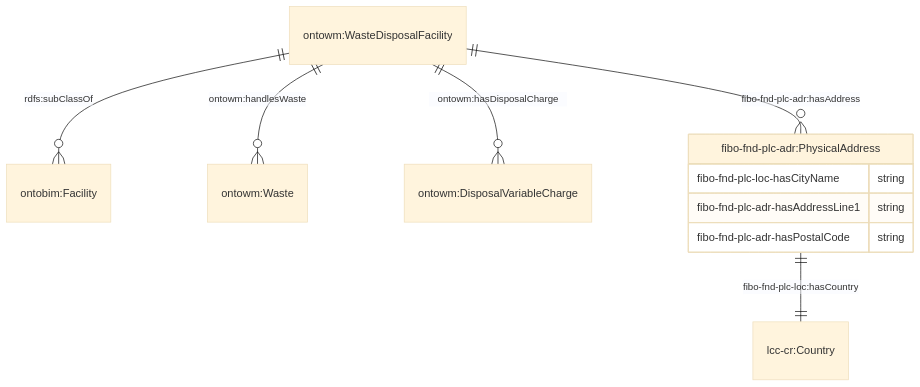
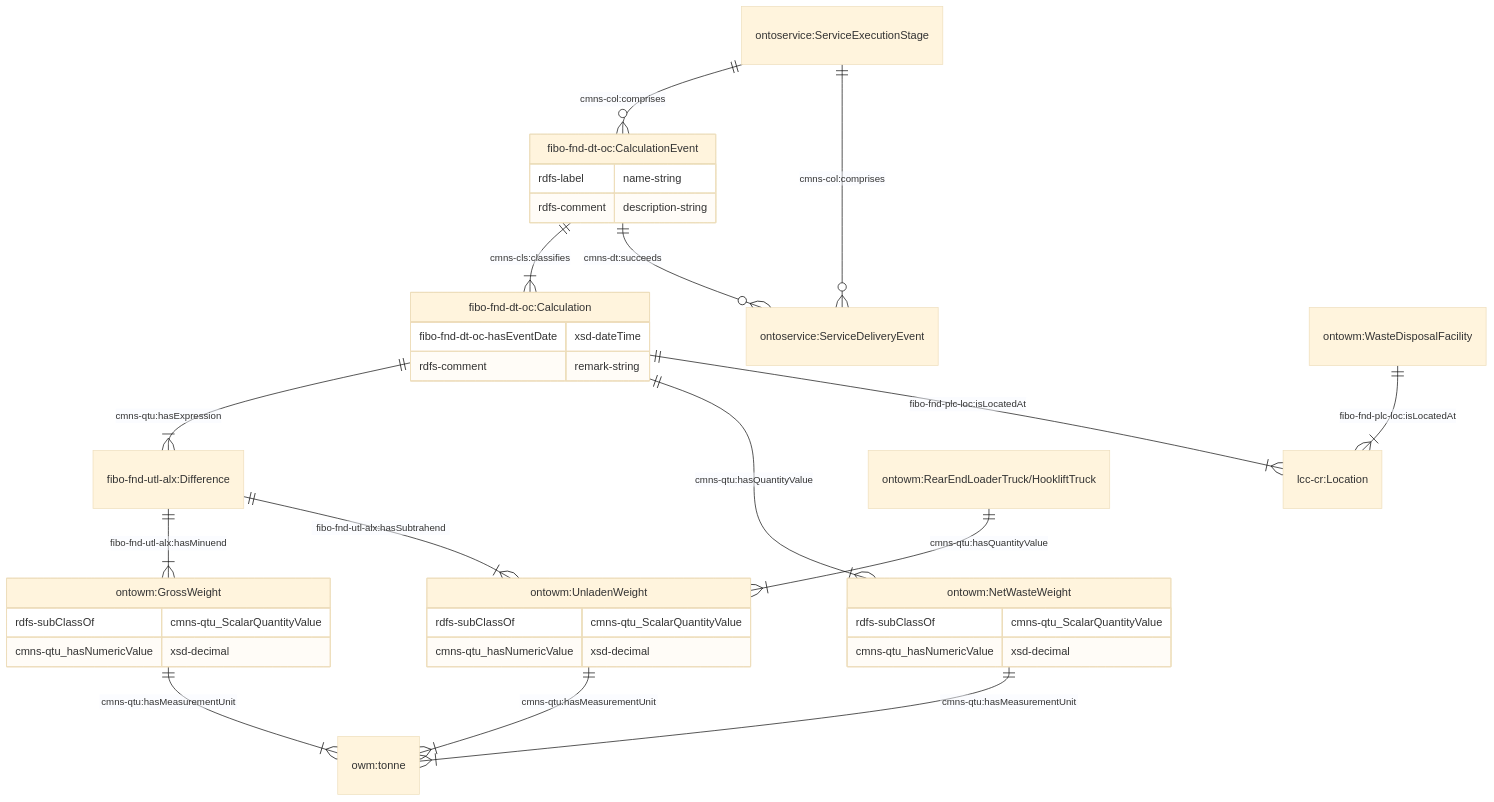
One commit to cambridge-cares/TheWorldAvatar changed the sixth of 10 diagrams in JPS_Ontology/ontology/ontowastemanagement/README.md. Above: the diagram before and after it, drawn with Mermaid (base theme). The commit also changed other lines of this file and 3 other files, not shown here.

Commit message:
dev-ontowastemanagement: Improve representation for the computation of waste disposed and the relationships associated with the waste disposal location

````diff
--- a/JPS_Ontology/ontology/ontowastemanagement/README.md
+++ b/JPS_Ontology/ontology/ontowastemanagement/README.md
@@ -266,14 +290,43 @@
 ```mermaid
     erDiagram
-    "ontowm:WasteDisposalFacility" ||--o{ "ontobim:Facility" : "rdfs:subClassOf"
-    "ontowm:WasteDisposalFacility" ||--o{ "ontowm:Waste" : "ontowm:handlesWaste"
-    "ontowm:WasteDisposalFacility" ||--o{ "ontowm:DisposalVariableCharge" : "ontowm:hasDisposalCharge"
+    "ontoservice:ServiceExecutionStage" ||--o{ "ontoservice:ServiceDeliveryEvent" : "cmns-col:comprises"
+    "ontoservice:ServiceExecutionStage" ||--o{ "fibo-fnd-dt-oc:CalculationEvent" : "cmns-col:comprises"
+    "fibo-fnd-dt-oc:CalculationEvent" ||--o{ "ontoservice:ServiceDeliveryEvent" : "cmns-dt:succeeds"
+    "fibo-fnd-dt-oc:CalculationEvent" {
+        rdfs-label name-string
+        rdfs-comment description-string
+    }
 
-    "ontowm:WasteDisposalFacility" ||--o{ "fibo-fnd-plc-adr:PhysicalAddress" : "fibo-fnd-plc-adr:hasAddress"
-    "fibo-fnd-plc-adr:PhysicalAddress" ||--|| "lcc-cr:Country" : "fibo-fnd-plc-loc:hasCountry"
-    "fibo-fnd-plc-adr:PhysicalAddress" {
-        fibo-fnd-plc-loc-hasCityName string
-        fibo-fnd-plc-adr-hasAddressLine1 string
-        fibo-fnd-plc-adr-hasPostalCode string
+    "fibo-fnd-dt-oc:CalculationEvent" ||--|{ "fibo-fnd-dt-oc:Calculation" : "cmns-cls:classifies"
+    "fibo-fnd-dt-oc:Calculation" {
+        fibo-fnd-dt-oc-hasEventDate xsd-dateTime
+        rdfs-comment remark-string
+    }
+
+    "fibo-fnd-dt-oc:Calculation" ||--|{ "lcc-cr:Location" : "fibo-fnd-plc-loc:isLocatedAt"
+    "ontowm:WasteDisposalFacility" ||--|{ "lcc-cr:Location" : "fibo-fnd-plc-loc:isLocatedAt"
+
+    "fibo-fnd-dt-oc:Calculation" ||--|{ "ontowm:NetWasteWeight" : "cmns-qtu:hasQuantityValue"
+    "ontowm:NetWasteWeight" ||--|{ "owm:tonne" : "cmns-qtu:hasMeasurementUnit"
+    "ontowm:NetWasteWeight" {
+        rdfs-subClassOf cmns-qtu_ScalarQuantityValue
+        cmns-qtu_hasNumericValue xsd-decimal
+    }
+
+    "fibo-fnd-dt-oc:Calculation" ||--|{ "fibo-fnd-utl-alx:Difference" : "cmns-qtu:hasExpression"
+    "fibo-fnd-utl-alx:Difference" ||--|{ "ontowm:UnladenWeight" : "fibo-fnd-utl-alx:hasSubtrahend"
+    "fibo-fnd-utl-alx:Difference" ||--|{ "ontowm:GrossWeight" : "fibo-fnd-utl-alx:hasMinuend"
+
+    "ontowm:UnladenWeight" ||--|{ "owm:tonne" : "cmns-qtu:hasMeasurementUnit"
+    "ontowm:RearEndLoaderTruck/HookliftTruck" ||--|{ "ontowm:UnladenWeight" : "cmns-qtu:hasQuantityValue"
+    "ontowm:UnladenWeight" {
+        rdfs-subClassOf cmns-qtu_ScalarQuantityValue
+        cmns-qtu_hasNumericValue xsd-decimal
+    }
+
+    "ontowm:GrossWeight" ||--|{ "owm:tonne" : "cmns-qtu:hasMeasurementUnit"
+    "ontowm:GrossWeight" {
+        rdfs-subClassOf cmns-qtu_ScalarQuantityValue
+        cmns-qtu_hasNumericValue xsd-decimal
     }
 ```
````
